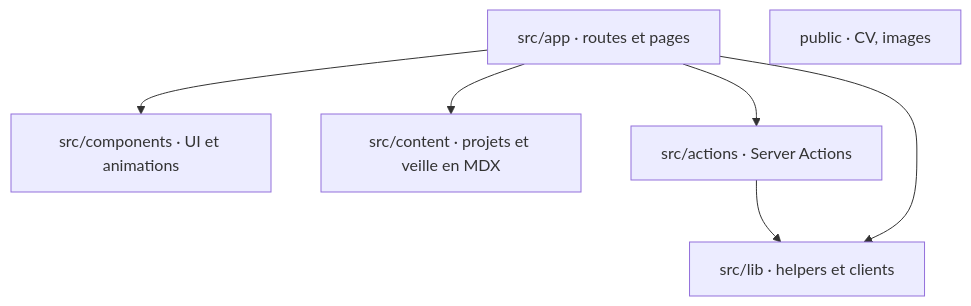
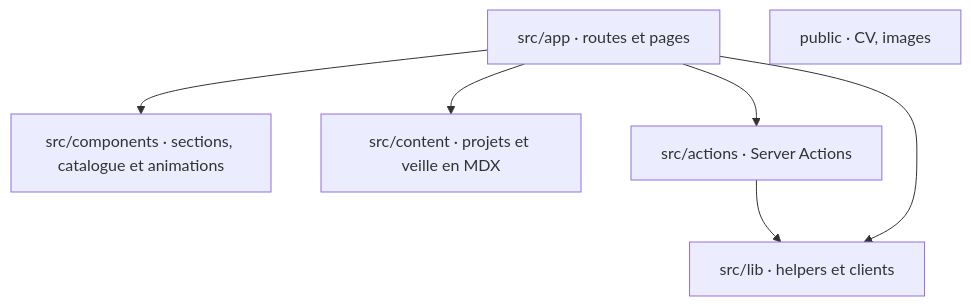
One commit to yanix2445/portfolio changed the diagram in aidd_docs/memory/codebase-map.md. Above: the diagram before and after it, drawn with Mermaid. The commit also changed other lines of this file and 10 other files, not shown here.

````diff
--- a/aidd_docs/memory/codebase-map.md
+++ b/aidd_docs/memory/codebase-map.md
@@ -5,15 +5,15 @@
 ```mermaid
 flowchart TD
   App["src/app · routes et pages"]
-  Components["src/components · UI et animations"]
+  Components["src/components · sections, catalogue et animations"]
   Content["src/content · projets et veille en MDX"]
   Actions["src/actions · Server Actions"]
   Lib["src/lib · helpers et clients"]
   Public["public · CV, images"]
 
   App --> Components
   App --> Content
   App --> Actions
   Actions --> Lib
   App --> Lib
 ```
````
